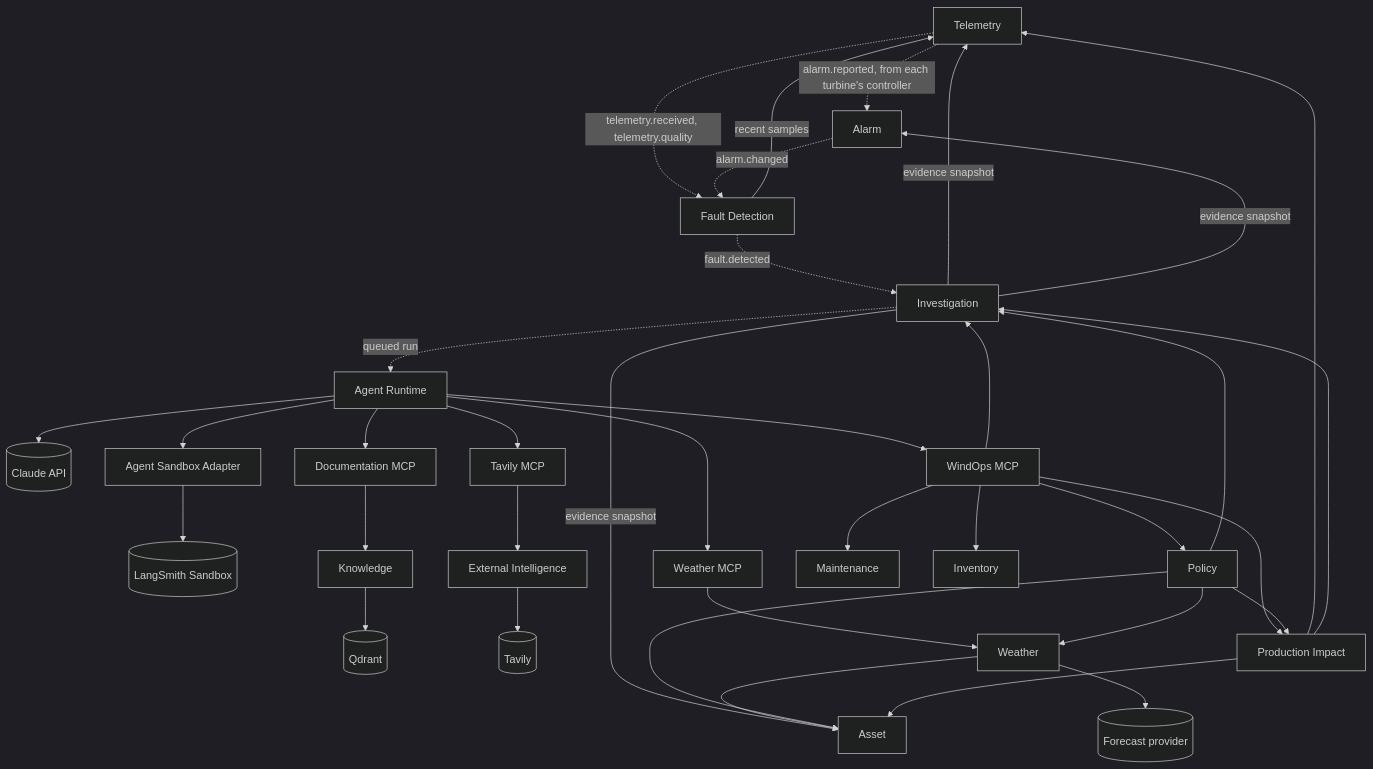
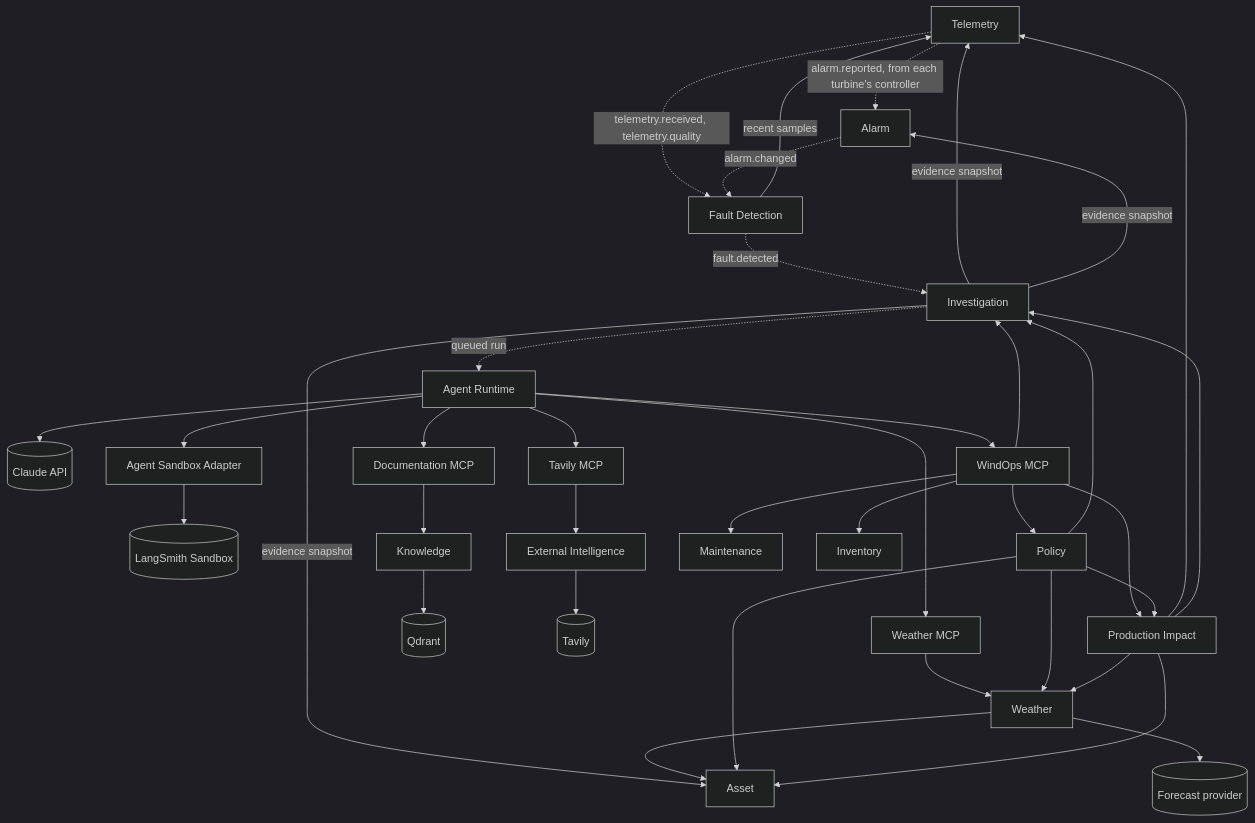
The second of 5 diagrams in docs/service-map.md (wasif1024/windops-ai), drawn with Mermaid (dark theme) before and after one commit. The commit also changed other lines of this file and 25 other files, not shown here.

````diff
--- a/docs/service-map.md
+++ b/docs/service-map.md
@@ -54,38 +54,39 @@
 ```mermaid
 flowchart TB
     Telemetry -.->|alarm.reported, from each turbine's controller| Alarm
     Telemetry -.->|telemetry.received, telemetry.quality| Fault["Fault Detection"]
     Alarm -.->|alarm.changed| Fault
     Fault -->|recent samples| Telemetry
     Fault -.->|fault.detected| Investigation
     Investigation -->|evidence snapshot| Telemetry
     Investigation -->|evidence snapshot| Alarm
     Investigation -->|evidence snapshot| Asset
     Investigation -.->|queued run| Runtime["Agent Runtime"]
     Runtime --> Claude[("Claude API")]
     Runtime --> Sandbox["Agent Sandbox Adapter"]
     Sandbox --> LangSmith[("LangSmith Sandbox")]
     Runtime --> Core["WindOps MCP"]
     Runtime --> Docs["Documentation MCP"]
     Runtime --> TavilyMCP["Tavily MCP"]
     Runtime --> WeatherMCP["Weather MCP"]
     Docs --> Knowledge
     Knowledge --> Qdrant[("Qdrant")]
     TavilyMCP --> External["External Intelligence"]
     External --> Tavily[("Tavily")]
     WeatherMCP --> Weather
     Weather --> Forecast[("Forecast provider")]
     Weather --> Asset
     Core --> Impact["Production Impact"]
     Core --> Policy
     Core --> Maintenance
     Core --> Inventory
     Core --> Investigation
     Policy --> Weather
     Policy --> Investigation
     Policy --> Asset
     Policy --> Impact
     Impact --> Asset
     Impact --> Telemetry
     Impact --> Investigation
+    Impact --> Weather
 ```
````
